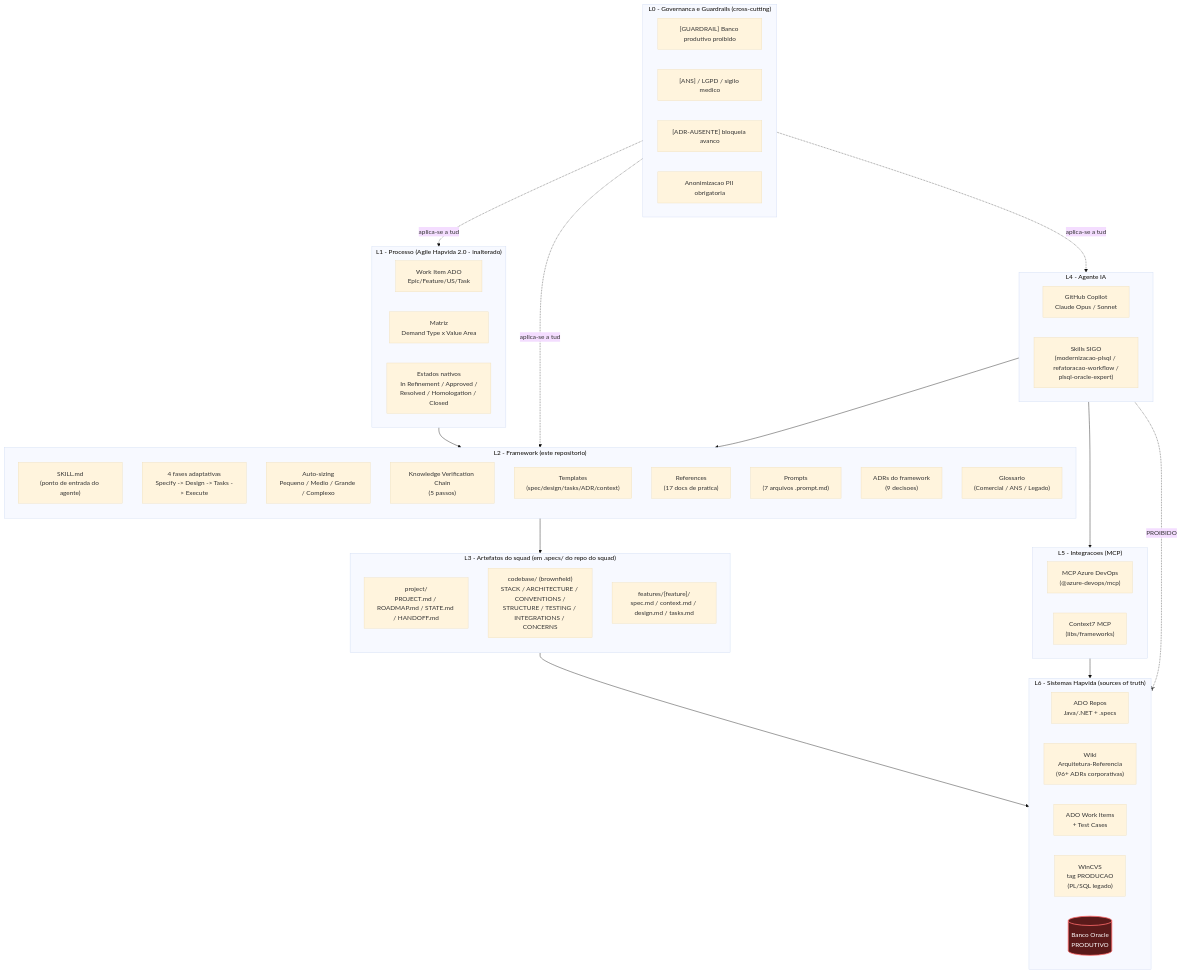
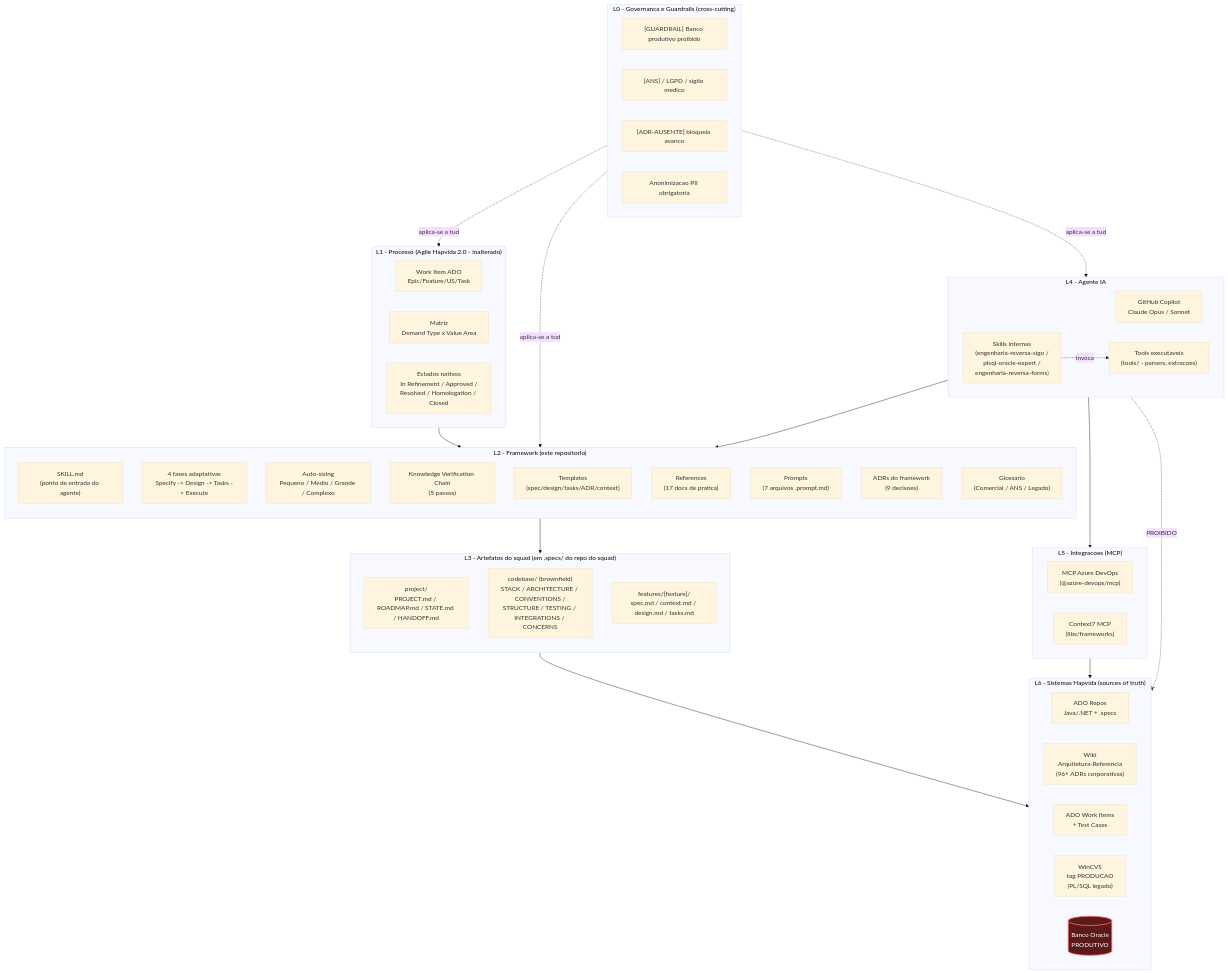
One commit to rawelcl/hap-spec-driven changed the first of 6 diagrams in ARCHITECTURE.md. Above: the diagram before and after it, drawn with Mermaid (base theme). The commit also changed other lines of this file and 21 other files, not shown here.

First line of the commit message:
WI-XXXX: feat(framework): engenharia reversa Forms + restruturacao .specs/reverse-engineering/

````diff
--- a/ARCHITECTURE.md
+++ b/ARCHITECTURE.md
@@ -25,73 +25,75 @@
 ```mermaid
 flowchart TB
     subgraph L0["L0 - Governanca e Guardrails (cross-cutting)"]
         direction LR
         G1["[GUARDRAIL] Banco produtivo proibido"]
         G2["[ANS] / LGPD / sigilo medico"]
         G3["[ADR-AUSENTE] bloqueia avanco"]
         G4["Anonimizacao PII obrigatoria"]
     end
 
     subgraph L1["L1 - Processo (Agile Hapvida 2.0 - inalterado)"]
         direction LR
         WI["Work Item ADO<br/>Epic/Feature/US/Task"]
         DT["Matriz<br/>Demand Type x Value Area"]
         EST["Estados nativos<br/>In Refinement / Approved /<br/>Resolved / Homologation / Closed"]
     end
 
     subgraph L2["L2 - Framework (este repositorio)"]
         direction TB
         SKILL["SKILL.md<br/>(ponto de entrada do agente)"]
         FASES["4 fases adaptativas<br/>Specify -> Design -> Tasks -> Execute"]
         AUTOSZ["Auto-sizing<br/>Pequeno / Medio / Grande / Complexo"]
         KVC["Knowledge Verification Chain<br/>(5 passos)"]
         TEMPL["Templates<br/>(spec/design/tasks/ADR/context)"]
         REFS["References<br/>(17 docs de pratica)"]
         PROMPTS["Prompts<br/>(7 arquivos .prompt.md)"]
         ADR["ADRs do framework<br/>(9 decisoes)"]
         GLOSS["Glossario<br/>(Comercial / ANS / Legado)"]
     end
 
     subgraph L3["L3 - Artefatos do squad (em .specs/ do repo do squad)"]
         direction TB
         PROJ["project/<br/>PROJECT.md / ROADMAP.md / STATE.md / HANDOFF.md"]
         CB["codebase/ (brownfield)<br/>STACK / ARCHITECTURE / CONVENTIONS /<br/>STRUCTURE / TESTING / INTEGRATIONS / CONCERNS"]
         FEAT["features/[feature]/<br/>spec.md / context.md / design.md / tasks.md"]
     end
 
     subgraph L4["L4 - Agente IA"]
         direction LR
         COP["GitHub Copilot<br/>Claude Opus / Sonnet"]
-        SKILLS_SIGO["Skills SIGO<br/>(modernizacao-plsql / refatoracao-workflow /<br/>plsql-oracle-expert)"]
+        SKILLS_SIGO["Skills internas<br/>(engenharia-reversa-sigo /<br/>plsql-oracle-expert /<br/>engenharia-reversa-forms)"]
+        TOOLS_LOCAL["Tools executaveis<br/>(tools/ - parsers, extracoes)"]
+        SKILLS_SIGO -.invoca.-> TOOLS_LOCAL
     end
 
     subgraph L5["L5 - Integracoes (MCP)"]
         direction LR
         MCP_ADO["MCP Azure DevOps<br/>(@azure-devops/mcp)"]
         MCP_C7["Context7 MCP<br/>(libs/frameworks)"]
     end
 
     subgraph L6["L6 - Sistemas Hapvida (sources of truth)"]
         direction LR
         ADO_REPOS["ADO Repos<br/>Java/.NET + .specs"]
         WIKI["Wiki<br/>Arquitetura-Referencia<br/>(96+ ADRs corporativas)"]
         ADO_WI["ADO Work Items<br/>+ Test Cases"]
         WINCVS["WinCVS<br/>tag PRODUCAO<br/>(PL/SQL legado)"]
         DBPROD[("Banco Oracle<br/>PRODUTIVO")]:::forbidden
     end
 
     L0 -.aplica-se a tudo.-> L1
     L0 -.aplica-se a tudo.-> L2
     L0 -.aplica-se a tudo.-> L4
 
     L1 --> L2
     L2 --> L3
     L4 --> L2
     L4 --> L5
     L5 --> L6
     L3 --> L6
 
     L4 -. "PROIBIDO" .-x DBPROD
 
     classDef forbidden fill:#5a1a1a,stroke:#ff6b6b,stroke-width:2px,color:#fff;
 ```
````
